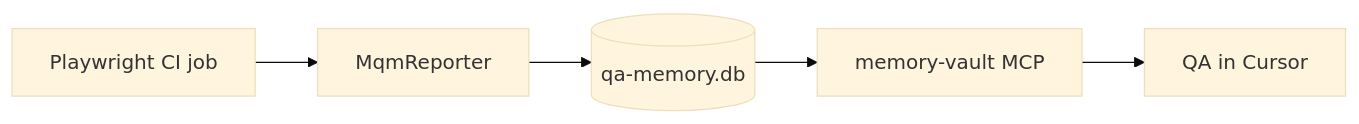
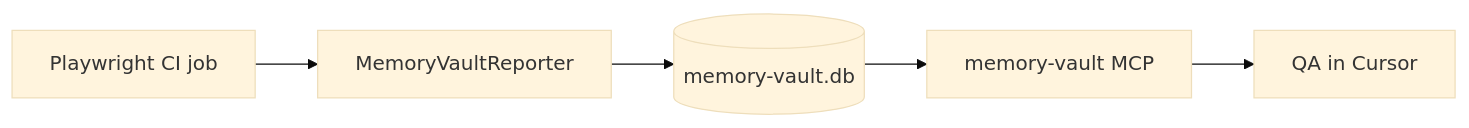
One commit to BraveToaster123/naf-memory-vault changed the diagram in docs/FLOW2-INTEGRATION.md. Above: the diagram before and after it, drawn with Mermaid (base theme). The commit also changed other lines of this file and 52 other files, not shown here.

````diff
--- a/docs/FLOW2-INTEGRATION.md
+++ b/docs/FLOW2-INTEGRATION.md
@@ -7,10 +7,10 @@
 ```mermaid
 flowchart LR
   CI[Playwright CI job]
-  REP[MqmReporter]
-  DB[(qa-memory.db)]
+  REP[MemoryVaultReporter]
+  DB[(memory-vault.db)]
   MCP[memory-vault MCP]
   QA[QA in Cursor]
   CI --> REP --> DB
   DB --> MCP --> QA
 ```
````
